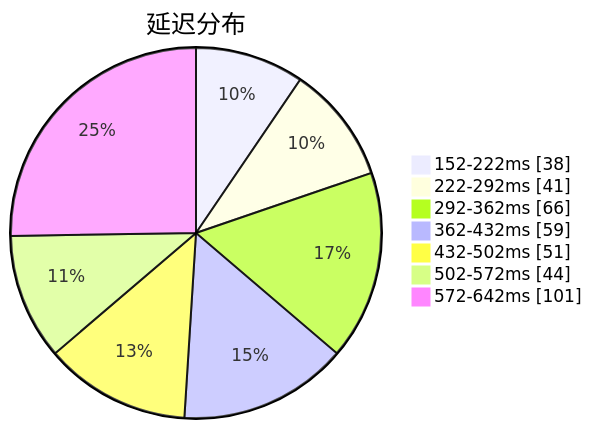
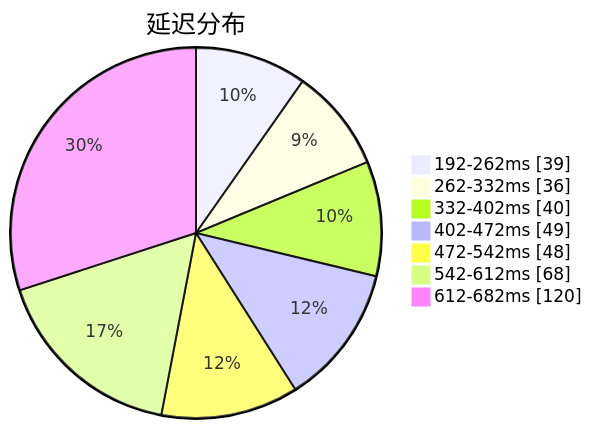
Before and after one commit to qjlxg/airport: the first of 3 diagrams in subs/statistics/tested_within.md, drawn with Mermaid. The commit also changed other lines of this file and 2 other files, not shown here.

````diff
--- a/subs/statistics/tested_within.md
+++ b/subs/statistics/tested_within.md
@@ -2,11 +2,11 @@
 ```mermaid
 pie showData
 title 延迟分布
-"152-222ms" : 38
-"222-292ms" : 41
-"292-362ms" : 66
-"362-432ms" : 59
-"432-502ms" : 51
-"502-572ms" : 44
-"572-642ms" : 101
+"192-262ms" : 39
+"262-332ms" : 36
+"332-402ms" : 40
+"402-472ms" : 49
+"472-542ms" : 48
+"542-612ms" : 68
+"612-682ms" : 120
 ```
````
